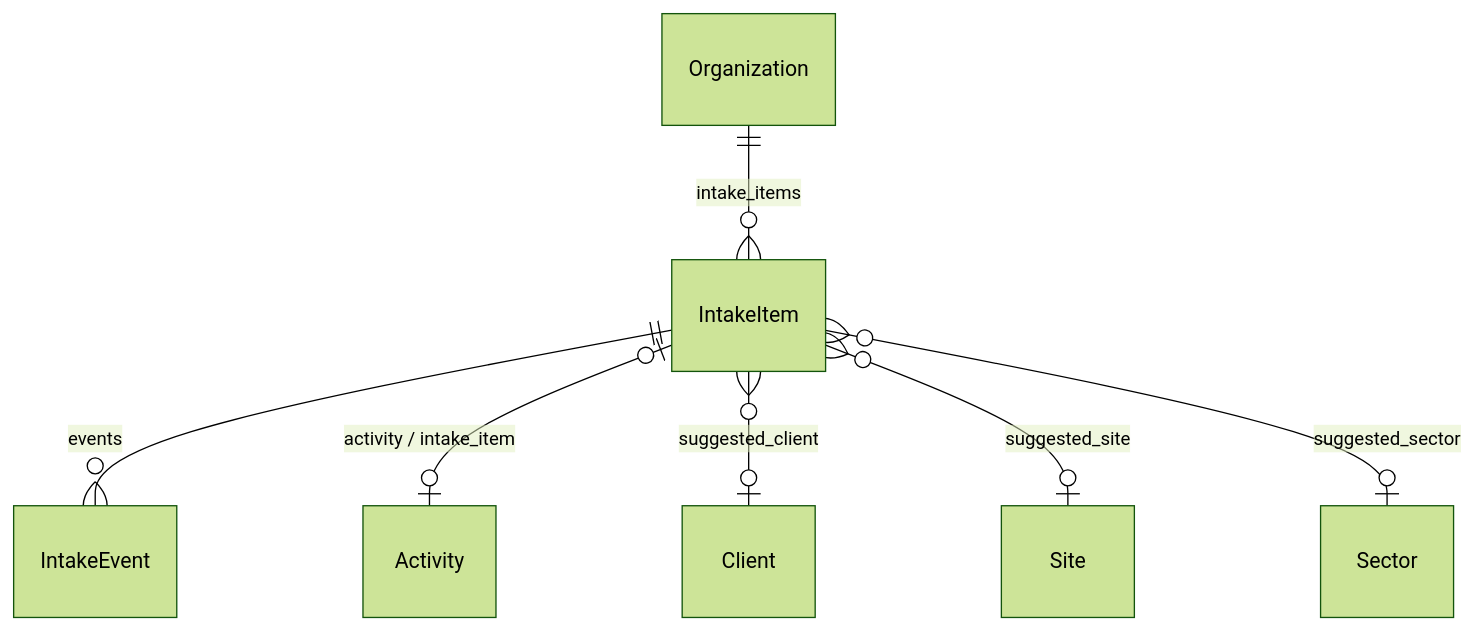
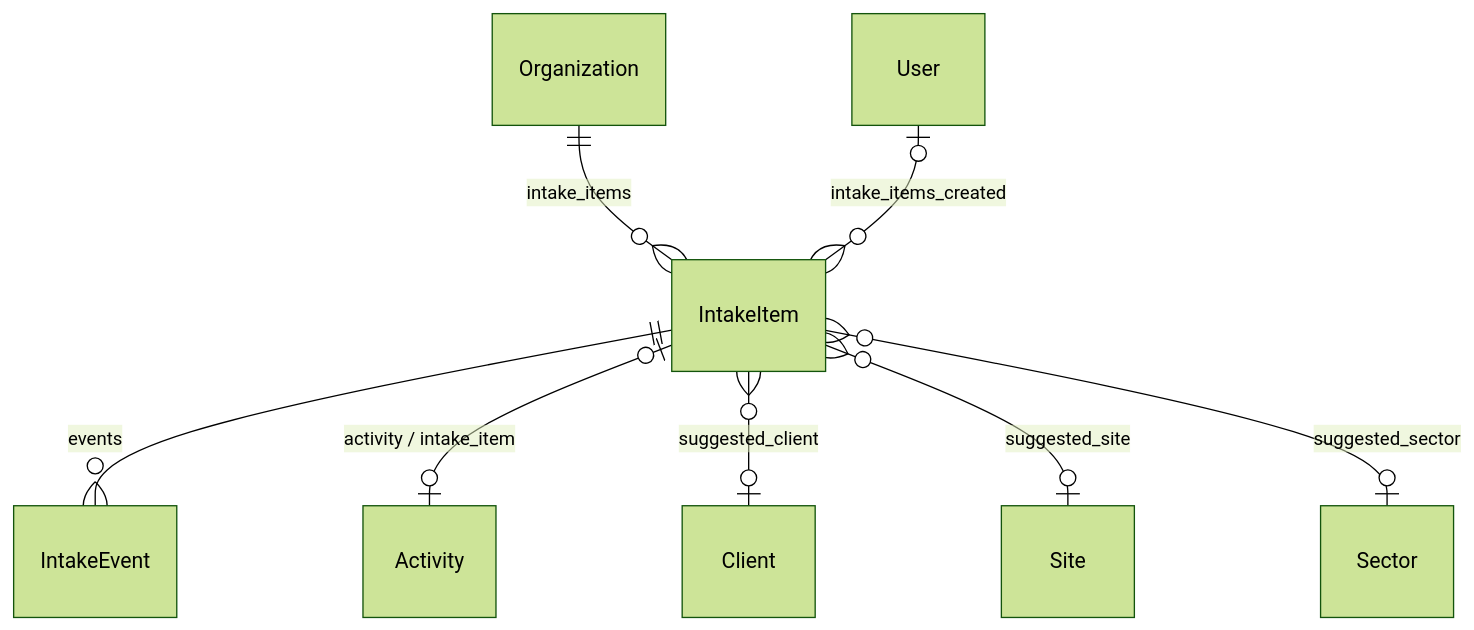
One commit to Lucasrafael703/workflow changed the ninth of 11 diagrams in docs/04_MODELOS_DE_DADOS.md. Above: the diagram before and after it, drawn with Mermaid (forest theme). The commit also changed other lines of this file and 58 other files, not shown here.

````diff
--- a/docs/04_MODELOS_DE_DADOS.md
+++ b/docs/04_MODELOS_DE_DADOS.md
@@ -217,9 +463,10 @@
 ```mermaid
 erDiagram
     Organization ||--o{ IntakeItem : "intake_items"
     IntakeItem ||--o{ IntakeEvent : "events"
     IntakeItem |o--o| Activity : "activity / intake_item"
     IntakeItem }o--o| Client : "suggested_client"
     IntakeItem }o--o| Site : "suggested_site"
     IntakeItem }o--o| Sector : "suggested_sector"
+    User |o--o{ IntakeItem : "intake_items_created"
 ```
````
